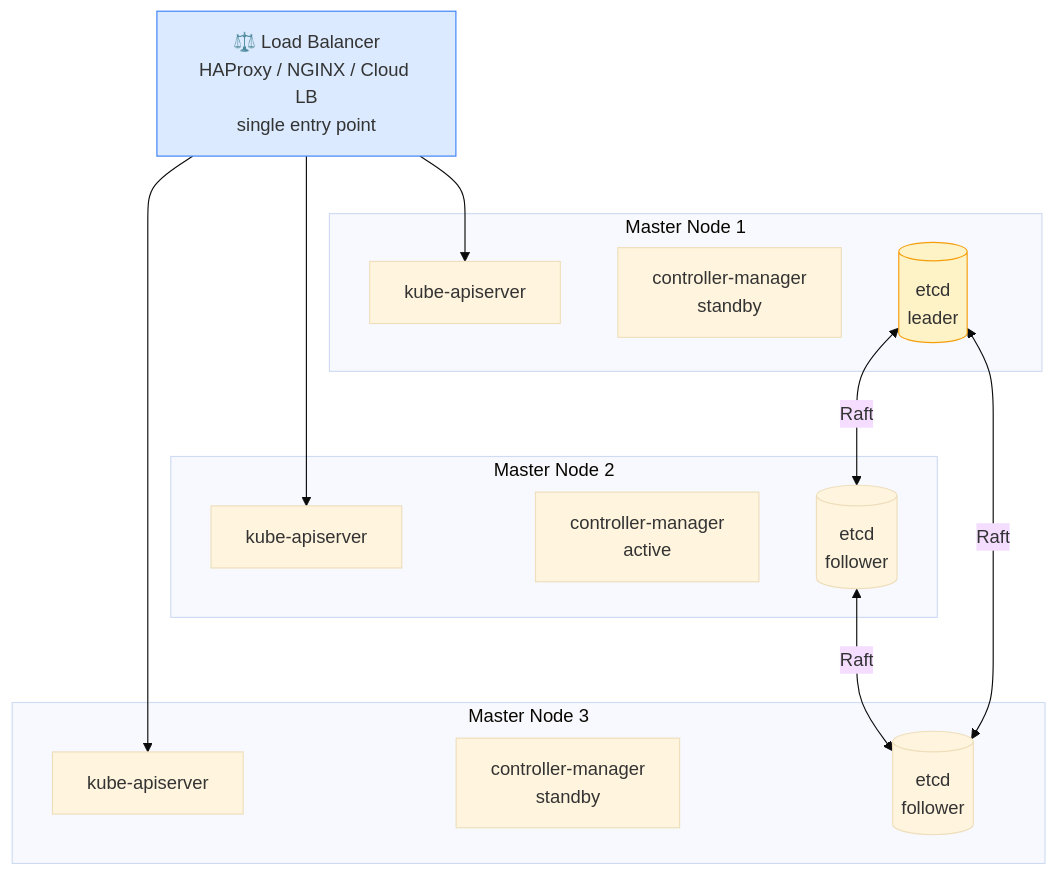
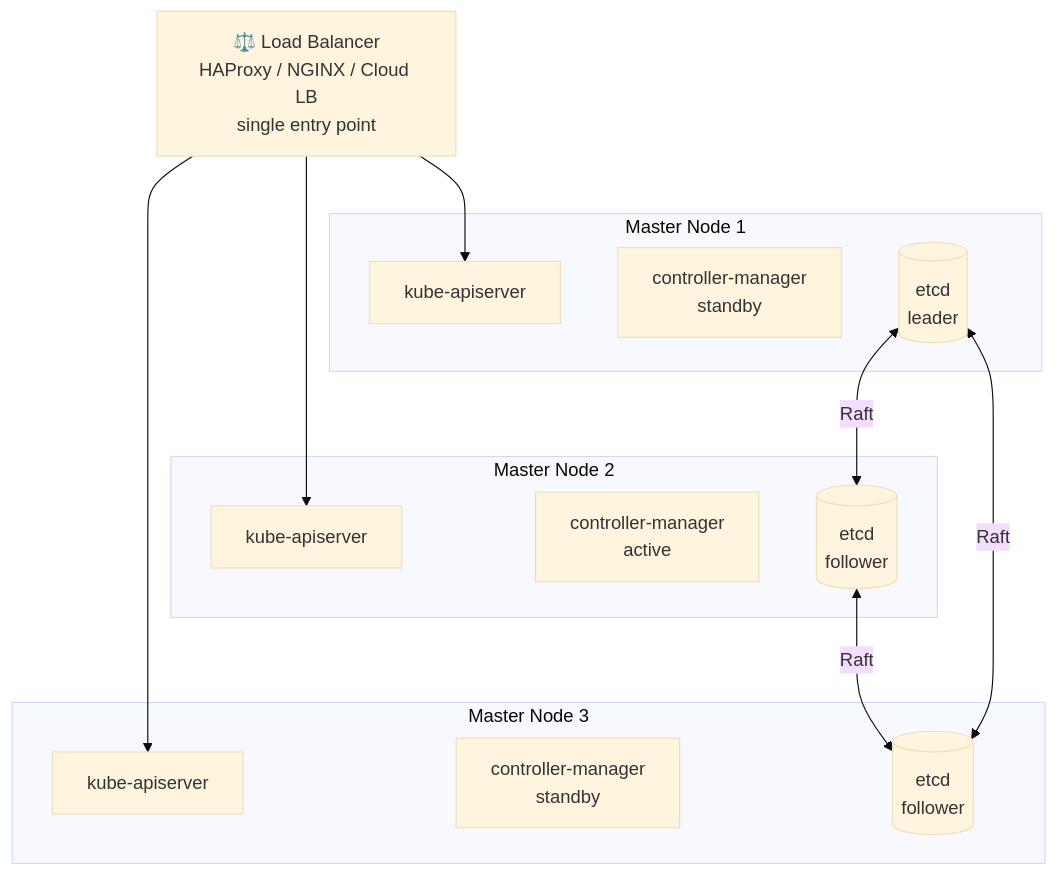
Before and after one commit to Gautam4424/k8slearn-content: the second of 4 diagrams in content/cka/12-design-install-kubeadm/overview/overview.md, drawn with Mermaid (base theme). The commit also changed other lines of this file and 40 other files, not shown here.

Commit message:
chore: fix mermaid style regex

````diff
--- a/content/cka/12-design-install-kubeadm/overview/overview.md
+++ b/content/cka/12-design-install-kubeadm/overview/overview.md
@@ -220,27 +216,24 @@
 ```mermaid
 flowchart TD
     LB["⚖️ Load Balancer\nHAProxy / NGINX / Cloud LB\nsingle entry point"]
 
     subgraph M1["Master Node 1"]
         API1["kube-apiserver"]
         CTRL1["controller-manager\nstandby"]
         ETCD1[("etcd\nleader")]
     end
     subgraph M2["Master Node 2"]
         API2["kube-apiserver"]
         CTRL2["controller-manager\nactive"]
         ETCD2[("etcd\nfollower")]
     end
     subgraph M3["Master Node 3"]
         API3["kube-apiserver"]
         CTRL3["controller-manager\nstandby"]
         ETCD3[("etcd\nfollower")]
     end
 
     LB --> API1 & API2 & API3
     ETCD1 <-->|Raft| ETCD2 <-->|Raft| ETCD3
     ETCD1 <-->|Raft| ETCD3
-
-    style LB fill:#dbeafe,stroke:#3b82f6
-    style ETCD1 fill:#fef3c7,stroke:#f59e0b
 ```
````
